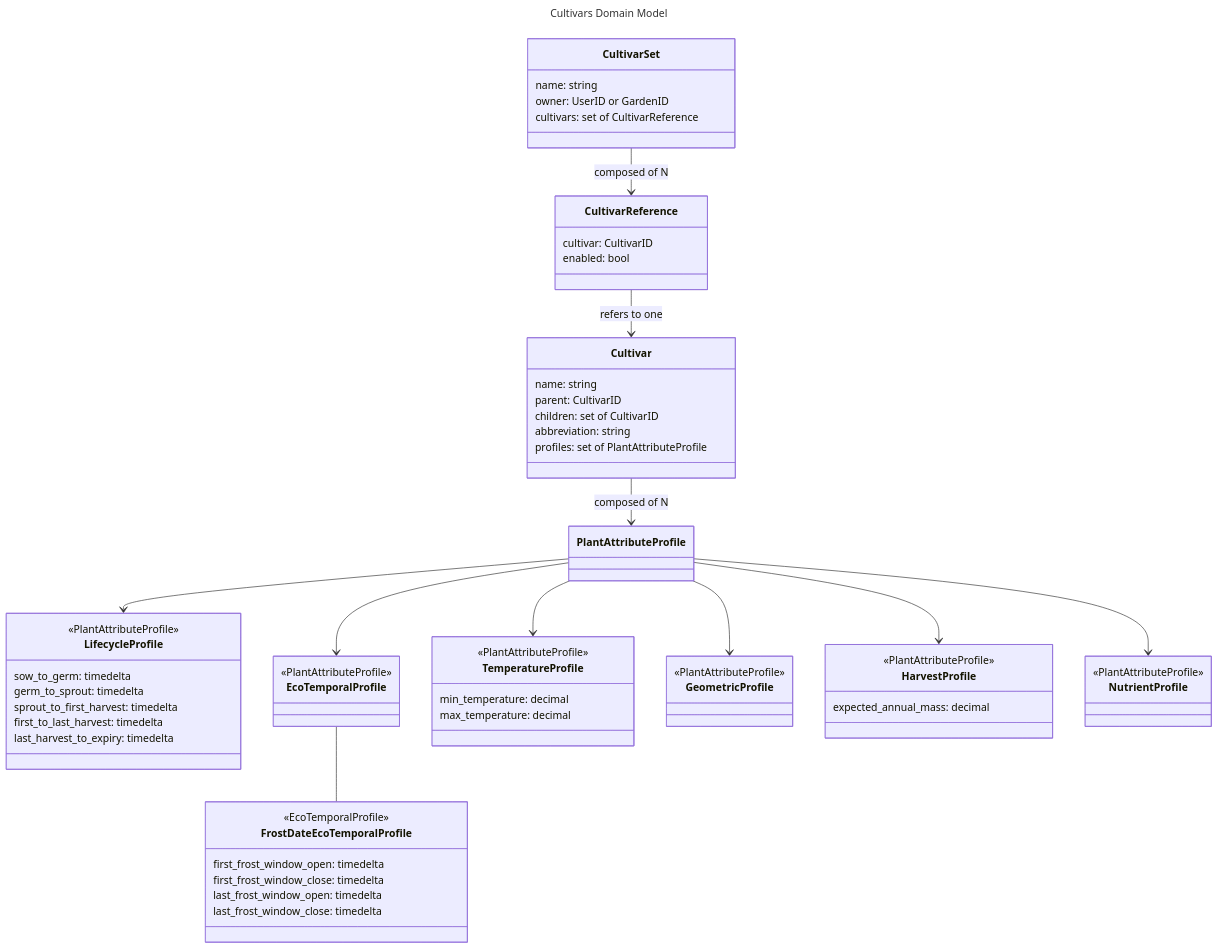
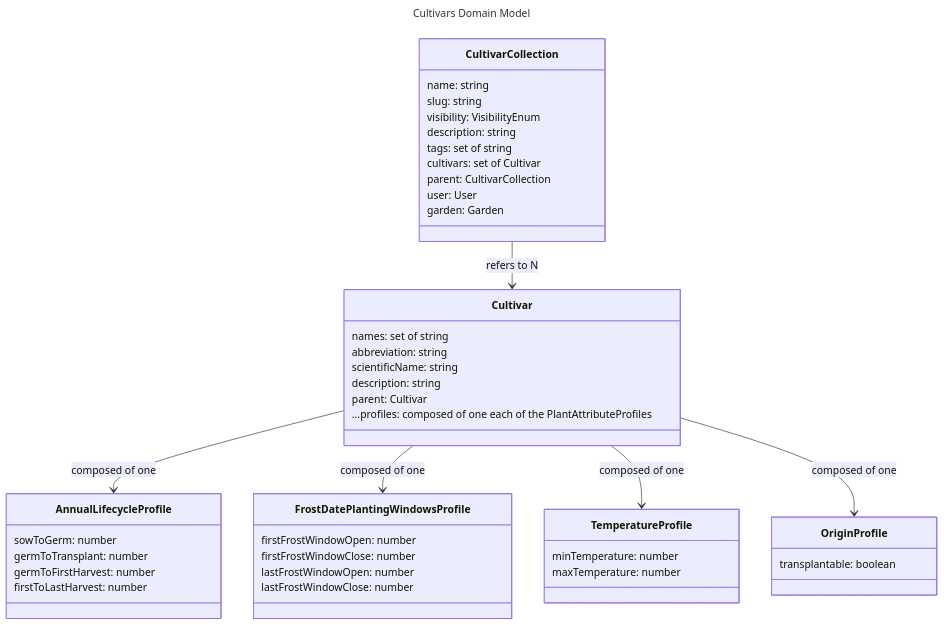
One commit to Verdagraph/Webapp changed the diagram in docs/cultivars/models.md. Above: the diagram before and after it, drawn with Mermaid. The commit also changed other lines of this file and 13 other files, not shown here.

````diff
--- a/docs/cultivars/models.md
+++ b/docs/cultivars/models.md
@@ -3,73 +6,51 @@
 ```mermaid
 ---
 title: Cultivars Domain Model
 ---
 classDiagram
 
-    CultivarSet --> CultivarReference : composed of N
-    CultivarReference --> Cultivar : refers to one
-    Cultivar --> PlantAttributeProfile : composed of N
-    PlantAttributeProfile --> LifecycleProfile
-    PlantAttributeProfile --> EcoTemporalProfile
-    EcoTemporalProfile -- FrostDateEcoTemporalProfile
-    PlantAttributeProfile --> TemperatureProfile
-    PlantAttributeProfile --> GeometricProfile
-    PlantAttributeProfile --> HarvestProfile
-    PlantAttributeProfile --> NutrientProfile
+    CultivarCollection --> Cultivar : refers to N
+    Cultivar --> AnnualLifecycleProfile : composed of one
+    Cultivar --> FrostDatePlantingWindowsProfile : composed of one
+    Cultivar --> TemperatureProfile : composed of one
+    Cultivar --> OriginProfile : composed of one
 
-    class CultivarSet{
+    class CultivarCollection{
         name: string
-        owner: UserID or GardenID
-        cultivars: set of CultivarReference
-    }
-    class CultivarReference{
-        cultivar: CultivarID
-        enabled: bool
+        slug: string
+        visibility: VisibilityEnum
+        description: string
+        tags: set of string
+        cultivars: set of Cultivar
+        parent: CultivarCollection
+        user: User
+        garden: Garden
     }
     class Cultivar{
-        name: string
-        parent: CultivarID
-        children: set of CultivarID
+        names: set of string
         abbreviation: string
-        profiles: set of PlantAttributeProfile
+        scientificName: string
+        description: string
+        parent: Cultivar
+        ...profiles: composed of one each of the PlantAttributeProfiles
     }
-    class PlantAttributeProfile{
-
+    class AnnualLifecycleProfile{
+        sowToGerm: number
+        germToTransplant: number
+        germToFirstHarvest: number
+        firstToLastHarvest: number
     }
-    class LifecycleProfile{
-        <<PlantAttributeProfile>>
-        sow_to_germ: timedelta
-        germ_to_sprout: timedelta
-        sprout_to_first_harvest: timedelta
-        first_to_last_harvest: timedelta
-        last_harvest_to_expiry: timedelta
-    }
-    class EcoTemporalProfile{
-        <<PlantAttributeProfile>>
-    }
-    class FrostDateEcoTemporalProfile{
-        <<EcoTemporalProfile>>
-        first_frost_window_open: timedelta
-        first_frost_window_close: timedelta
-        last_frost_window_open: timedelta
-        last_frost_window_close: timedelta
+    class FrostDatePlantingWindowsProfile{
+        firstFrostWindowOpen: number
+        firstFrostWindowClose: number
+        lastFrostWindowOpen: number
+        lastFrostWindowClose: number
     }
     class TemperatureProfile{
-        <<PlantAttributeProfile>>
-        min_temperature: decimal
-        max_temperature: decimal
+        minTemperature: number
+        maxTemperature: number
     }
-    class GeometricProfile{
-        <<PlantAttributeProfile>>
+    class OriginProfile {
+        transplantable: boolean
     }
-    class HarvestProfile{
-        <<PlantAttributeProfile>>
-        expected_annual_mass: decimal
-
-    }
-    class NutrientProfile{
-        <<PlantAttributeProfile>>
-
-    }
-
 ```
````
